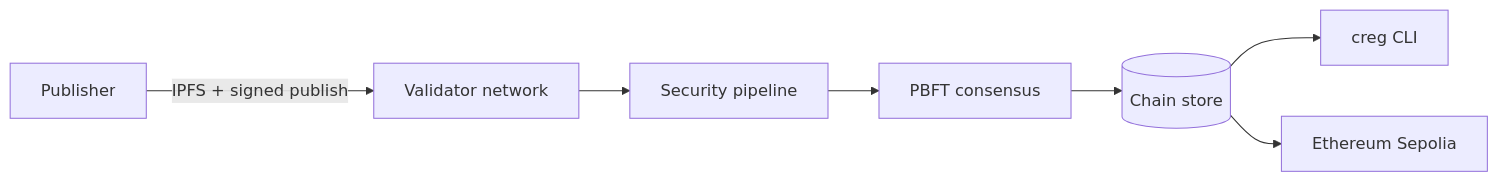
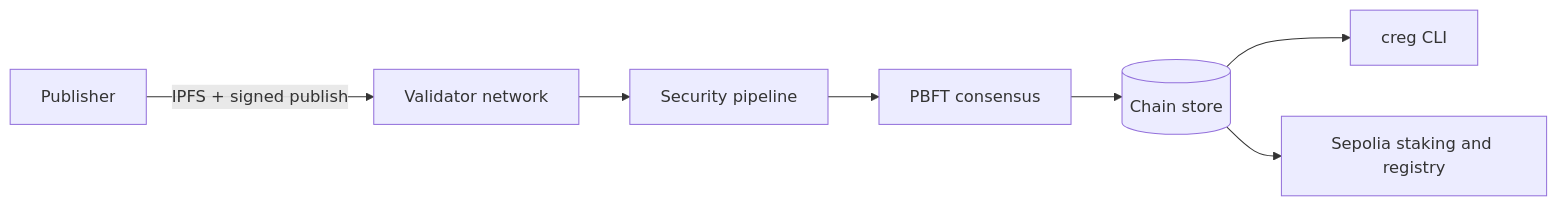
One commit to samuel-1-avson/chain-registry-blockchain-CREG- changed the diagram in README.md. Above: the diagram before and after it, drawn with Mermaid. The commit also changed other lines of this file and 11 other files, not shown here.

````diff
--- a/README.md
+++ b/README.md
@@ -29,9 +29,9 @@
 ```mermaid
 flowchart LR
     Publisher[Publisher] -->|IPFS + signed publish| Node[Validator network]
     Node --> Pipeline[Security pipeline]
     Pipeline --> PBFT[PBFT consensus]
     PBFT --> Chain[(Chain store)]
     Chain --> CLI[creg CLI]
-    Chain --> L1[Ethereum Sepolia]
+    Chain --> L1[Sepolia staking and registry]
 ```
````
